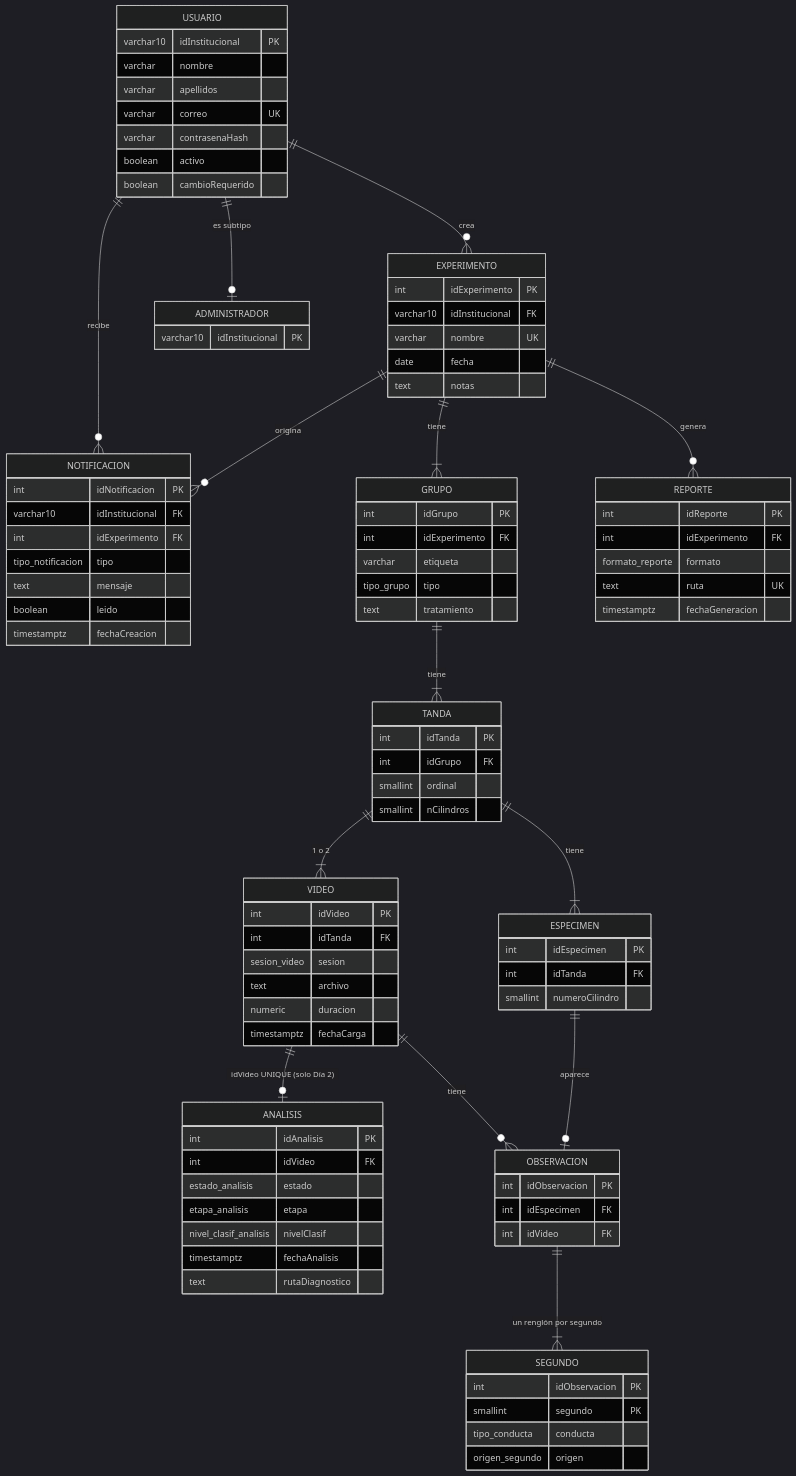
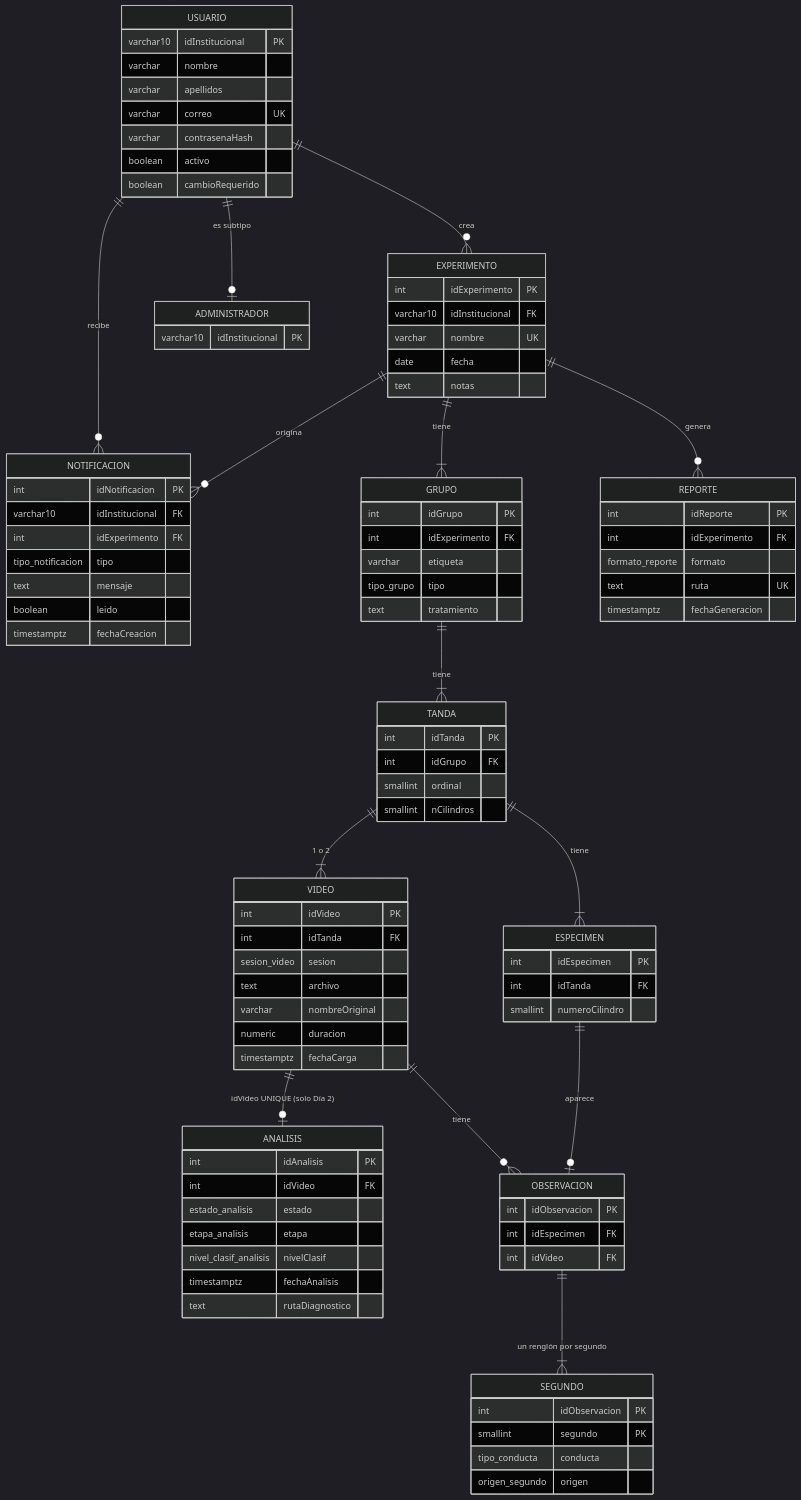
Before and after one commit to ErickJester/fst-ai-system-latex: the fourth of 39 diagrams in INSTRUCCIONES-WEB.md, drawn with Mermaid (dark theme). The commit also changed other lines of this file and 17 other files, not shown here.

````diff
--- a/INSTRUCCIONES-WEB.md
+++ b/INSTRUCCIONES-WEB.md
@@ -447,74 +451,75 @@
 ```mermaid
 erDiagram
   USUARIO ||--o{ EXPERIMENTO : crea
   USUARIO ||--o{ NOTIFICACION : recibe
   USUARIO ||--o| ADMINISTRADOR : "es subtipo"
   EXPERIMENTO ||--|{ GRUPO : tiene
   EXPERIMENTO ||--o{ REPORTE : genera
   EXPERIMENTO ||--o{ NOTIFICACION : origina
   GRUPO ||--|{ TANDA : tiene
   TANDA ||--|{ ESPECIMEN : tiene
   TANDA ||--|{ VIDEO : "1 o 2"
   VIDEO ||--o| ANALISIS : "idVideo UNIQUE (solo Día 2)"
   VIDEO ||--o{ OBSERVACION : tiene
   ESPECIMEN ||--o| OBSERVACION : aparece
   OBSERVACION ||--|{ SEGUNDO : "un renglón por segundo"
 
   USUARIO { varchar10 idInstitucional PK
             varchar nombre
             varchar apellidos
             varchar correo UK
             varchar contrasenaHash
             boolean activo
             boolean cambioRequerido }
   EXPERIMENTO { int idExperimento PK
                 varchar10 idInstitucional FK
                 varchar nombre UK
                 date fecha
                 text notas }
   GRUPO { int idGrupo PK
           int idExperimento FK
           varchar etiqueta
           tipo_grupo tipo
           text tratamiento }
   TANDA { int idTanda PK
           int idGrupo FK
           smallint ordinal
           smallint nCilindros }
   ESPECIMEN { int idEspecimen PK
               int idTanda FK
               smallint numeroCilindro }
   VIDEO { int idVideo PK
           int idTanda FK
           sesion_video sesion
           text archivo
+          varchar nombreOriginal
           numeric duracion
           timestamptz fechaCarga }
   ANALISIS { int idAnalisis PK
              int idVideo FK
              estado_analisis estado
              etapa_analisis etapa
              nivel_clasif_analisis nivelClasif
              timestamptz fechaAnalisis
              text rutaDiagnostico }
   OBSERVACION { int idObservacion PK
                 int idEspecimen FK
                 int idVideo FK }
   SEGUNDO { int idObservacion PK
             smallint segundo PK
             tipo_conducta conducta
             origen_segundo origen }
   ADMINISTRADOR { varchar10 idInstitucional PK }
   REPORTE { int idReporte PK
             int idExperimento FK
             formato_reporte formato
             text ruta UK
             timestamptz fechaGeneracion }
   NOTIFICACION { int idNotificacion PK
                  varchar10 idInstitucional FK
                  int idExperimento FK
                  tipo_notificacion tipo
                  text mensaje
                  boolean leido
                  timestamptz fechaCreacion }
 ```
````
